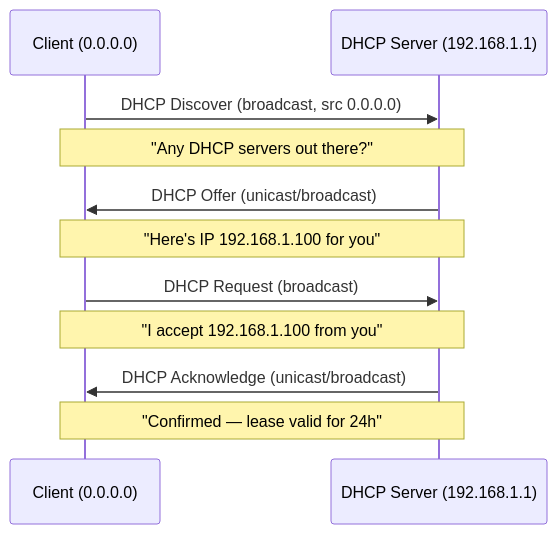
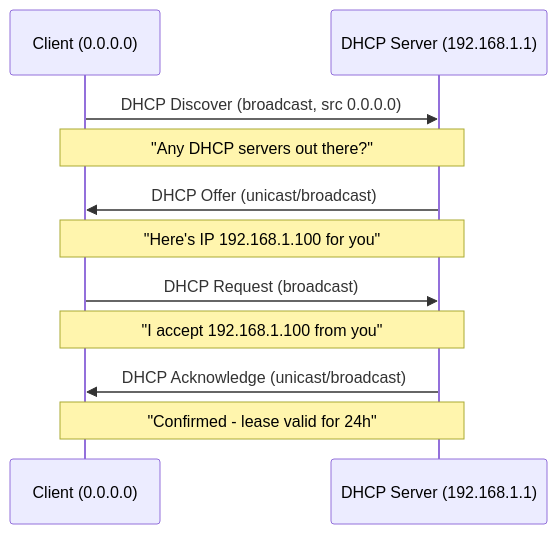
The diagram in posts/2026-03-20-wireshark-dhcp-dora-analysis/README.md (wildfirebill-web/oneuptime-blog), drawn with Mermaid before and after one commit. The commit also changed other lines of this file and 41565 other files, not shown here.

````diff
--- a/posts/2026-03-20-wireshark-dhcp-dora-analysis/README.md
+++ b/posts/2026-03-20-wireshark-dhcp-dora-analysis/README.md
@@ -11,17 +11,17 @@
 ```mermaid
 sequenceDiagram
     participant C as Client (0.0.0.0)
     participant S as DHCP Server (192.168.1.1)
 
     C->>S: DHCP Discover (broadcast, src 0.0.0.0)
     Note over C,S: "Any DHCP servers out there?"
 
     S->>C: DHCP Offer (unicast/broadcast)
     Note over C,S: "Here's IP 192.168.1.100 for you"
 
     C->>S: DHCP Request (broadcast)
     Note over C,S: "I accept 192.168.1.100 from you"
 
     S->>C: DHCP Acknowledge (unicast/broadcast)
-    Note over C,S: "Confirmed — lease valid for 24h"
+    Note over C,S: "Confirmed - lease valid for 24h"
 ```
````
